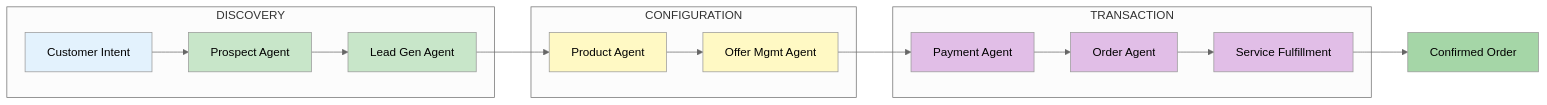
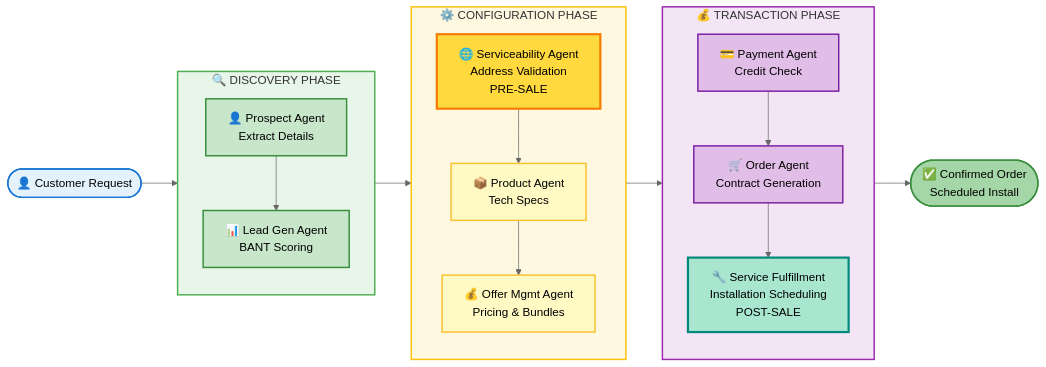
Before and after one commit to sudhamanc/ConversationalSalesAgent: the third of 8 diagrams in README.md, drawn with Mermaid (neutral theme). The commit also changed other lines of this file and 7 other files, not shown here.

First line of the commit message:
Add Serviceability Agent and fix sub-agent delegation system

````diff
--- a/README.md
+++ b/README.md
@@ -297,30 +385,50 @@
 ```mermaid
 flowchart LR
-    subgraph D[DISCOVERY]
-        A[Customer Intent] --> B[Prospect Agent]
-        B --> C[Lead Gen Agent]
+    START([👤 Customer Request])
+
+    subgraph DISC[🔍 DISCOVERY PHASE]
+        direction TB
+        PA[👤 Prospect Agent<br/>Extract Details]
+        LG[📊 Lead Gen Agent<br/>BANT Scoring]
+        PA --> LG
     end
-    
-    subgraph CF[CONFIGURATION]
-        C --> D1[Product Agent]
-        D1 --> E[Offer Mgmt Agent]
+
+    subgraph CONFIG[⚙️ CONFIGURATION PHASE]
+        direction TB
+        SVA[🌐 Serviceability Agent<br/>Address Validation<br/>PRE-SALE]
+        PROD[📦 Product Agent<br/>Tech Specs]
+        OFFER[💰 Offer Mgmt Agent<br/>Pricing & Bundles]
+        SVA --> PROD
+        PROD --> OFFER
     end
-    
-    subgraph T[TRANSACTION]
-        E --> F[Payment Agent]
-        F --> G[Order Agent]
-        G --> H[Service Fulfillment]
+
+    subgraph TRANS[💰 TRANSACTION PHASE]
+        direction TB
+        PAY[💳 Payment Agent<br/>Credit Check]
+        ORD[🛒 Order Agent<br/>Contract Generation]
+        SF[🔧 Service Fulfillment<br/>Installation Scheduling<br/>POST-SALE]
+        PAY --> ORD
+        ORD --> SF
     end
-    
-    H --> I[Confirmed Order]
 
-    style A fill:#e3f2fd
-    style B fill:#c8e6c9
-    style C fill:#c8e6c9
-    style D1 fill:#fff9c4
-    style E fill:#fff9c4
-    style F fill:#e1bee7
-    style G fill:#e1bee7
-    style H fill:#e1bee7
-    style I fill:#a5d6a7
+    END([✅ Confirmed Order<br/>Scheduled Install])
+
+    START --> DISC
+    DISC --> CONFIG
+    CONFIG --> TRANS
+    TRANS --> END
+
+    style START fill:#e3f2fd,stroke:#1976d2,stroke-width:2px
+    style PA fill:#c8e6c9,stroke:#388e3c,stroke-width:2px
+    style LG fill:#c8e6c9,stroke:#388e3c,stroke-width:2px
+    style SVA fill:#ffd93d,stroke:#f57c00,stroke-width:3px
+    style PROD fill:#fff9c4,stroke:#fbc02d,stroke-width:2px
+    style OFFER fill:#fff9c4,stroke:#fbc02d,stroke-width:2px
+    style PAY fill:#e1bee7,stroke:#7b1fa2,stroke-width:2px
+    style ORD fill:#e1bee7,stroke:#7b1fa2,stroke-width:2px
+    style SF fill:#a8e6cf,stroke:#00897b,stroke-width:3px
+    style END fill:#a5d6a7,stroke:#388e3c,stroke-width:2px
+    style DISC fill:#e8f5e9,stroke:#4caf50,stroke-width:2px
+    style CONFIG fill:#fff8e1,stroke:#ffc107,stroke-width:2px
+    style TRANS fill:#f3e5f5,stroke:#9c27b0,stroke-width:2px
 ```
````
